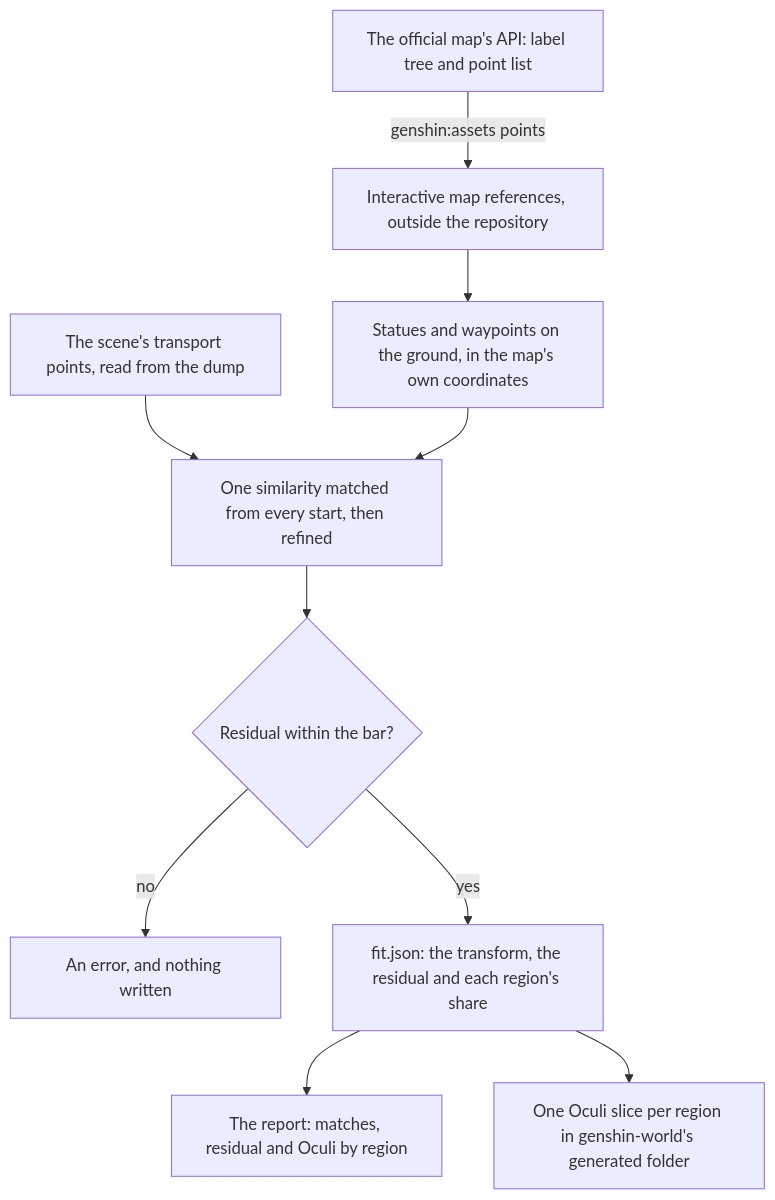
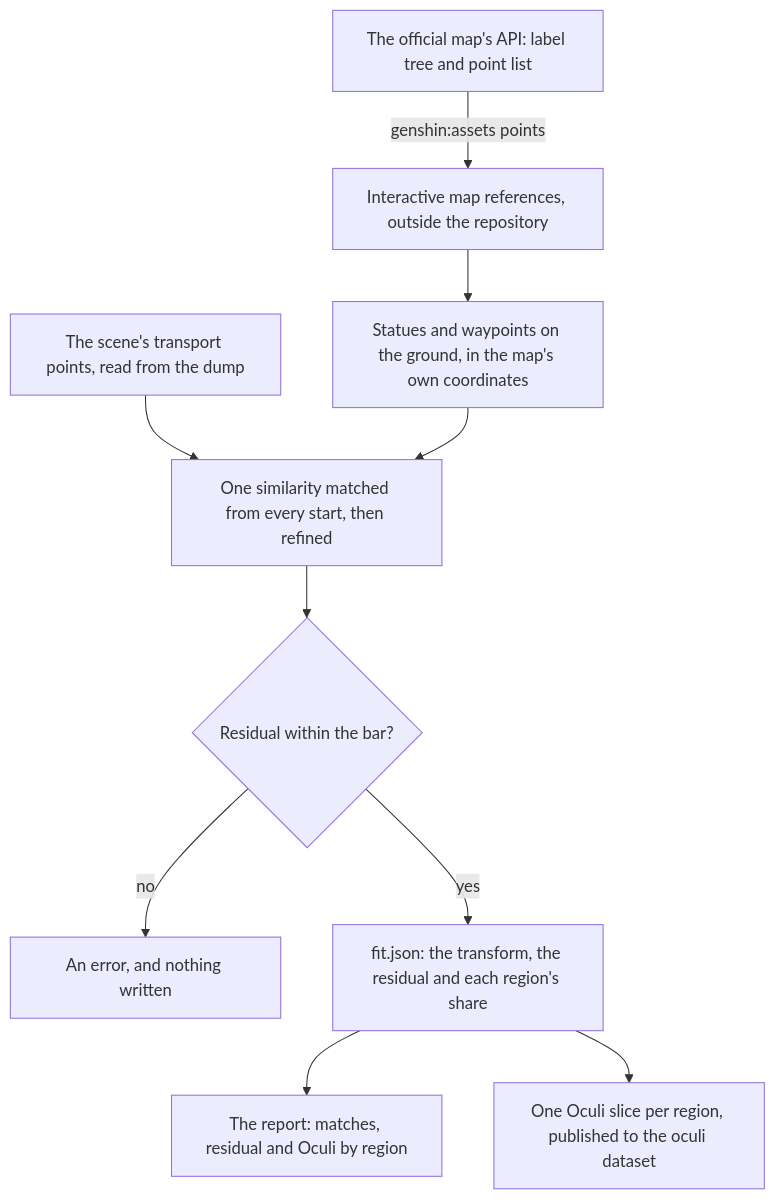
Before and after one commit to Esposter/Esposter: the diagram in apps/web/content/docs/genshin/spawned-places.md, drawn with Mermaid. The commit also changed other lines of this file and 10 other files, not shown here.

````diff
--- a/apps/web/content/docs/genshin/spawned-places.md
+++ b/apps/web/content/docs/genshin/spawned-places.md
@@ -12,12 +12,12 @@
 ```mermaid
 flowchart TD
   API["The official map's API: label tree and point list"] -->|"genshin:assets points"| REF["Interactive map references, outside the repository"]
   REF --> ANCHORS["Statues and waypoints on the ground, in the map's own coordinates"]
   SCENE["The scene's transport points, read from the dump"] --> MATCH
   ANCHORS --> MATCH["One similarity matched from every start, then refined"]
   MATCH --> GATE{"Residual within the bar?"}
   GATE -->|"no"| STOP["An error, and nothing written"]
   GATE -->|"yes"| FILE["fit.json: the transform, the residual and each region's share"]
   FILE --> REPORT["The report: matches, residual and Oculi by region"]
-  FILE --> SLICES["One Oculi slice per region in genshin-world's generated folder"]
+  FILE --> SLICES["One Oculi slice per region, published to the oculi dataset"]
 ```
````
